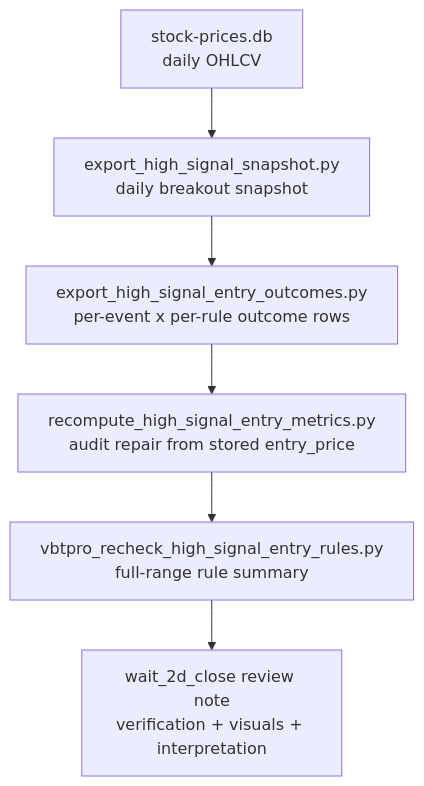
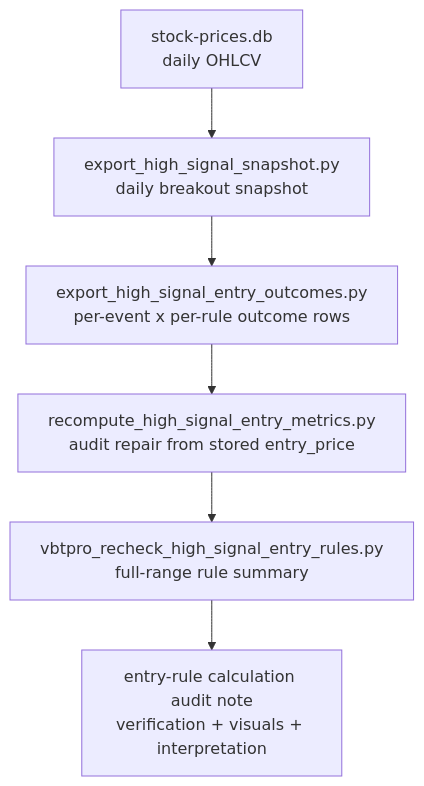
Before and after one commit to loopinf/quartz: the diagram in content/market-intel/research/wait-2d-close-review.md, drawn with Mermaid. The commit also changed other lines of this file and 3 other files, not shown here.

````diff
--- a/content/market-intel/research/wait-2d-close-review.md
+++ b/content/market-intel/research/wait-2d-close-review.md
@@ -90,8 +90,8 @@
 ```mermaid
 flowchart TD
     A[stock-prices.db<br/>daily OHLCV] --> B[export_high_signal_snapshot.py<br/>daily breakout snapshot]
     B --> C[export_high_signal_entry_outcomes.py<br/>per-event x per-rule outcome rows]
     C --> D[recompute_high_signal_entry_metrics.py<br/>audit repair from stored entry_price]
     D --> E[vbtpro_recheck_high_signal_entry_rules.py<br/>full-range rule summary]
-    E --> F[wait_2d_close review note<br/>verification + visuals + interpretation]
+    E --> F[entry-rule calculation audit note<br/>verification + visuals + interpretation]
 ```
````
